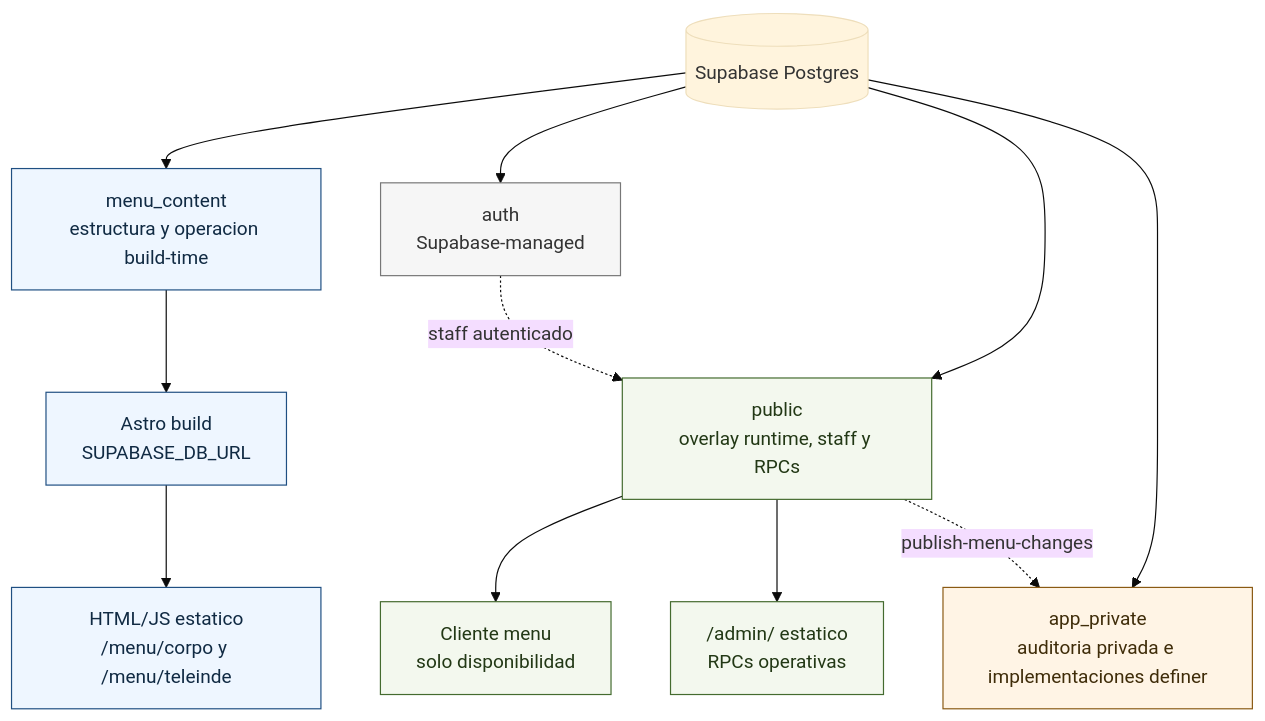
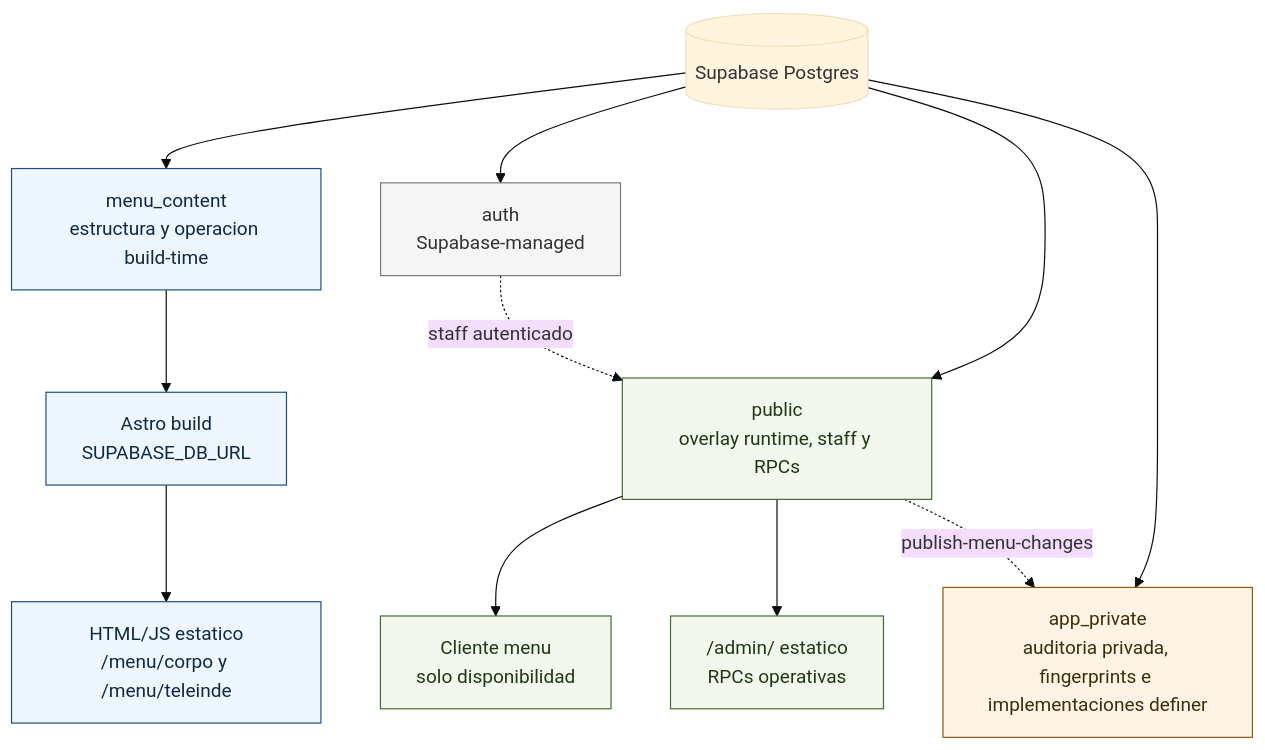
One commit to materamos/ElFaraonCatering changed the first of 3 diagrams in docs/supabase/schema-diagram.md. Above: the diagram before and after it, drawn with Mermaid (base theme). The commit also changed other lines of this file and 9 other files, not shown here.

````diff
--- a/docs/supabase/schema-diagram.md
+++ b/docs/supabase/schema-diagram.md
@@ -21,26 +21,26 @@
 ```mermaid
 flowchart TD
   DB[(Supabase Postgres)]
 
   DB --> MC["menu_content<br/>estructura y operacion build-time"]
   DB --> PUB["public<br/>overlay runtime, staff y RPCs"]
-  DB --> PRIV["app_private<br/>auditoria privada e implementaciones definer"]
+  DB --> PRIV["app_private<br/>auditoria privada, fingerprints e implementaciones definer"]
   DB --> AUTH["auth<br/>Supabase-managed"]
 
   MC --> BUILD["Astro build<br/>SUPABASE_DB_URL"]
   BUILD --> STATIC["HTML/JS estatico<br/>/menu/corpo y /menu/teleinde"]
   PUB --> MENU_CLIENT["Cliente menu<br/>solo disponibilidad"]
   PUB --> ADMIN_CLIENT["/admin/ estatico<br/>RPCs operativas"]
   AUTH -. "staff autenticado" .-> PUB
   PUB -. "publish-menu-changes" .-> PRIV
 
   classDef structural fill:#eef6ff,stroke:#1f4f82,color:#102a43;
   classDef runtime fill:#f3f8ee,stroke:#446b2f,color:#223815;
   classDef private fill:#fff4e5,stroke:#8a5a13,color:#3f2c09;
   classDef platform fill:#f6f6f6,stroke:#777,color:#333;
 
   class MC,BUILD,STATIC structural;
   class PUB,MENU_CLIENT,ADMIN_CLIENT runtime;
   class PRIV private;
   class AUTH platform;
 ```
````
